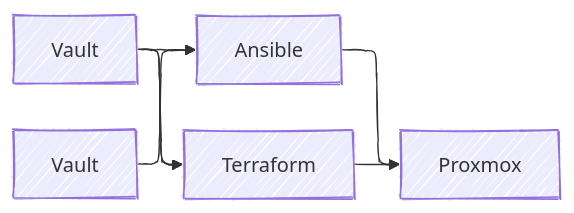
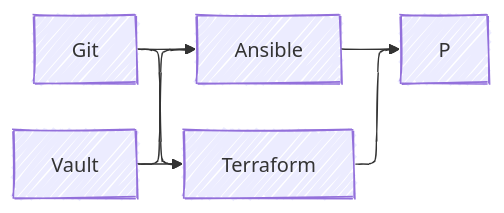
One commit to gitrsi/cyberops.zone changed the second of 2 diagrams in doing/Private Cloud/README.md. Above: the diagram before and after it, drawn with Mermaid.

````diff
--- a/doing/Private Cloud/README.md
+++ b/doing/Private Cloud/README.md
@@ -38,18 +38,18 @@
 ```mermaid
 ---
 config:
   layout: elk
   look: handDrawn
   elk:
     mergeEdges: true
     nodePlacementStrategy: LINEAR_SEGMENTS
 ---
 graph LR
     
   G[Git] --> A[Ansible]
-  G[Git] --> T[Terraform]
-  V[Vault] --> A[Ansible]
-  G[Vault] --> T[Terraform]
-  A[Ansible] --> P[Proxmox]
-  T[Terraform] --> P[Proxmox]    
+  G --> T[Terraform]
+  V[Vault] --> A
+  V --> T
+  A --> P
+  T --> P
 ```
````
